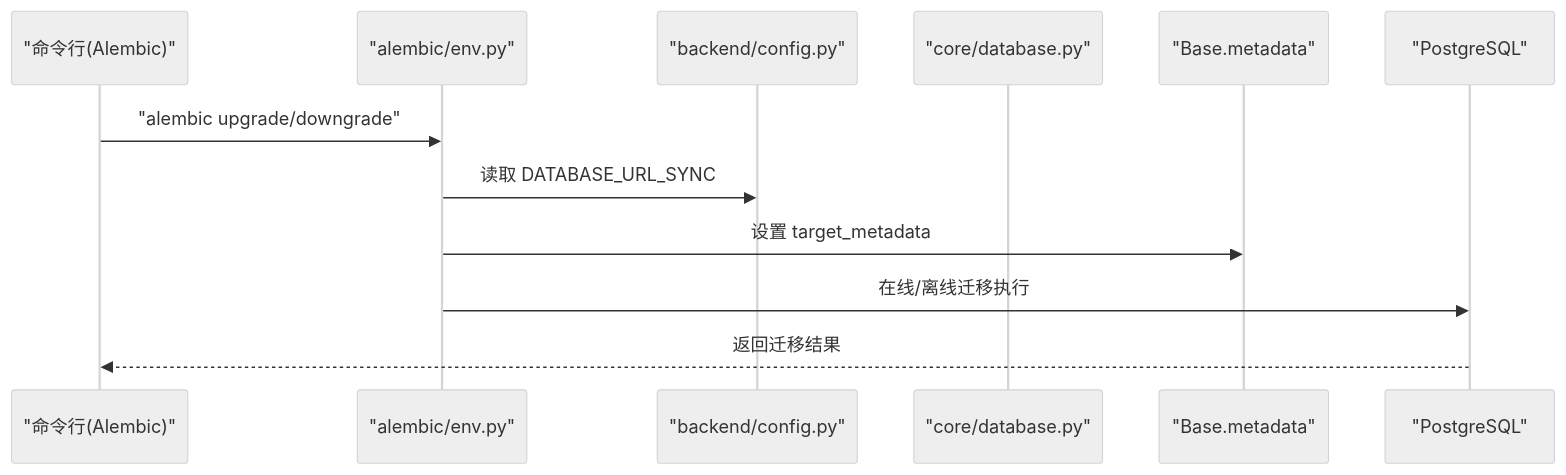
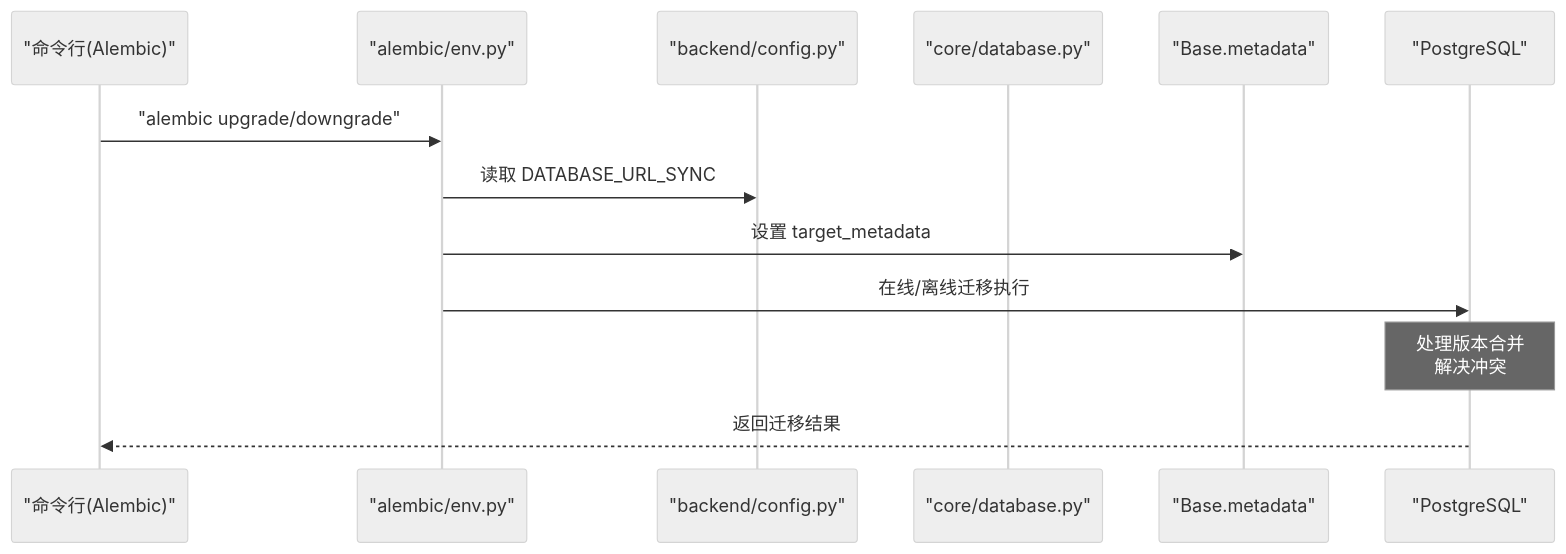
One commit to xfbyxq/ai-novel-system changed the second of 7 diagrams in .qoder/repowiki/zh/content/部署与运维/数据库管理与迁移.md. Above: the diagram before and after it, drawn with Mermaid (neutral theme). The commit also changed other lines of this file and 8 other files, not shown here.

````diff
--- a/.qoder/repowiki/zh/content/部署与运维/数据库管理与迁移.md
+++ b/.qoder/repowiki/zh/content/部署与运维/数据库管理与迁移.md
@@ -132,14 +148,15 @@
 ```mermaid
 sequenceDiagram
 participant CLI as "命令行(Alembic)"
 participant ENV as "alembic/env.py"
 participant CFG as "backend/config.py"
 participant DB as "core/database.py"
 participant META as "Base.metadata"
 participant PG as "PostgreSQL"
 CLI->>ENV : "alembic upgrade/downgrade"
 ENV->>CFG : 读取 DATABASE_URL_SYNC
 ENV->>META : 设置 target_metadata
 ENV->>PG : 在线/离线迁移执行
+Note over PG : 处理版本合并<br/>解决冲突
 PG-->>CLI : 返回迁移结果
 ```
````
